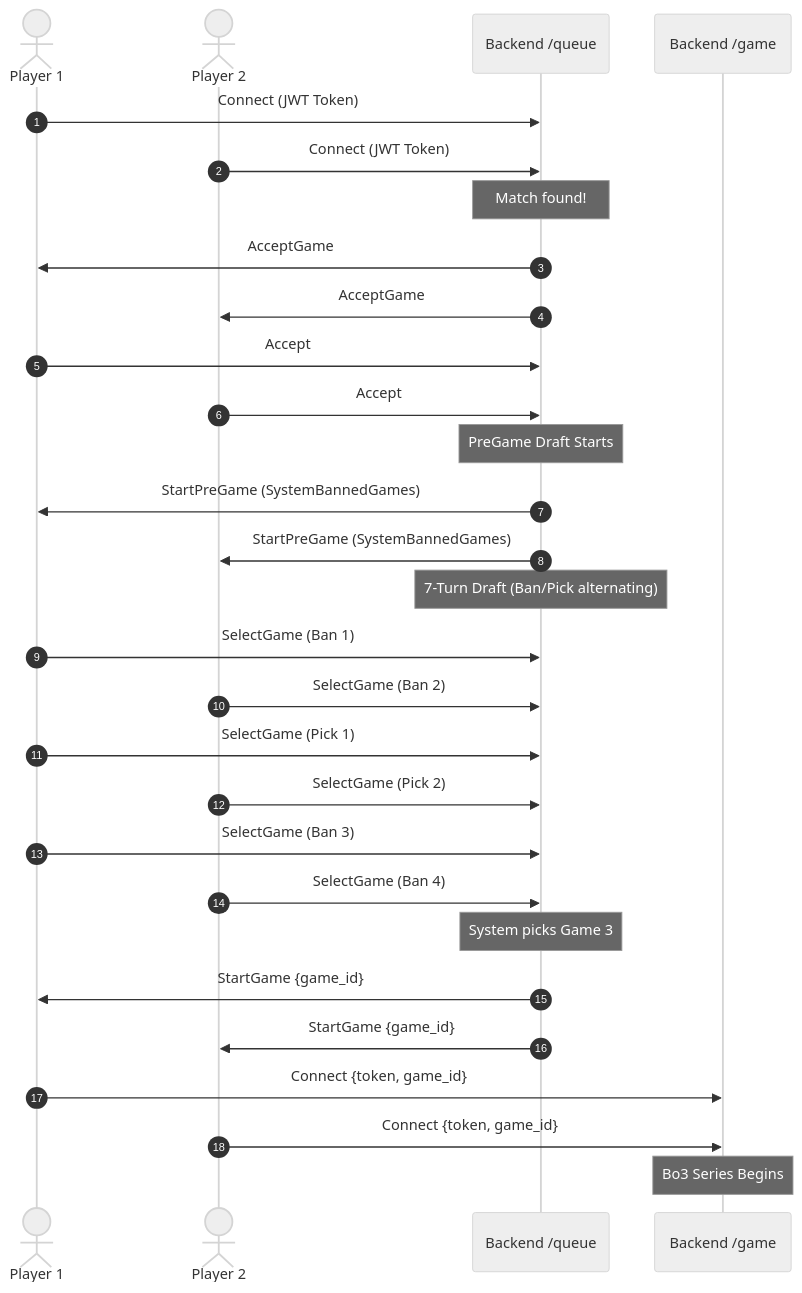
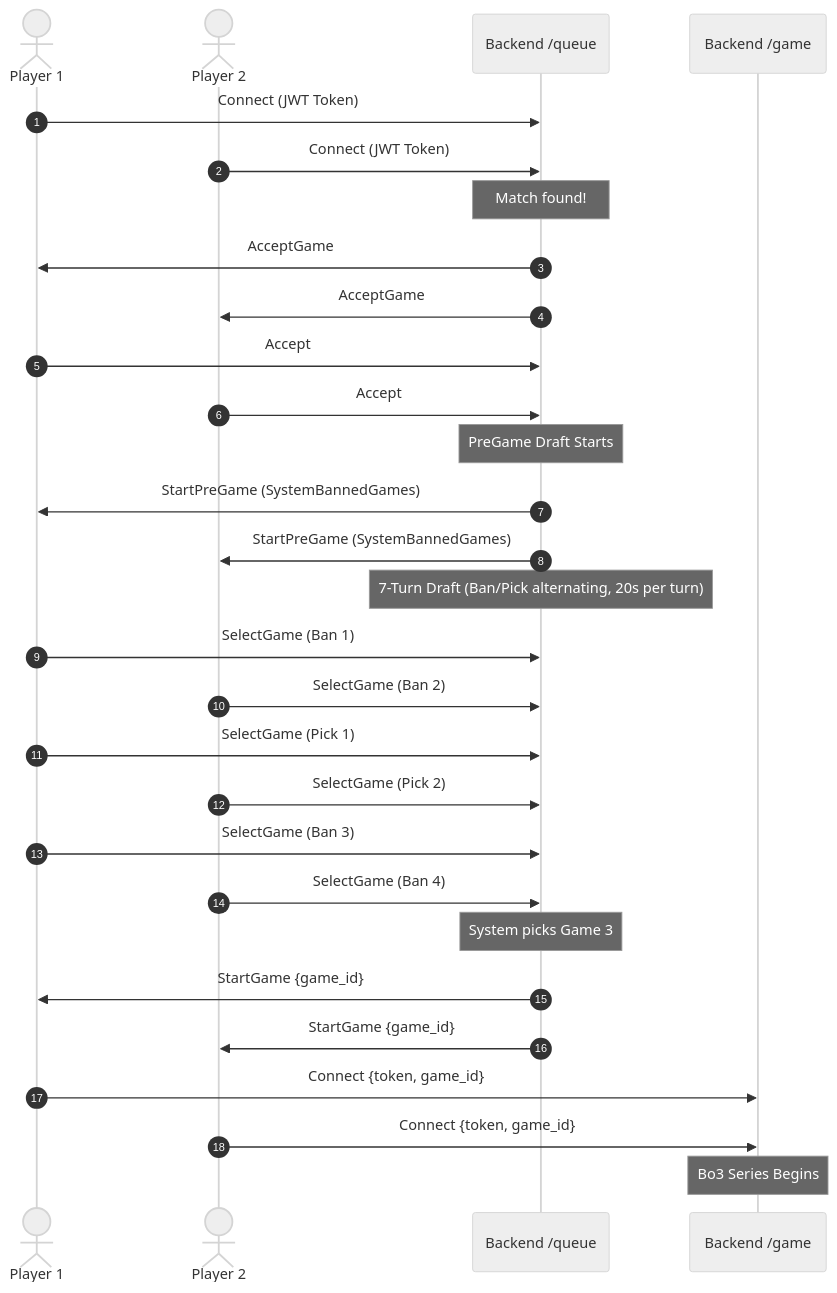
Before and after one commit to erfanh3h/kafehfekrbackend: the diagram in README.md, drawn with Mermaid (neutral theme). The commit also changed other lines of this file, not shown here.

````diff
--- a/README.md
+++ b/README.md
@@ -160,32 +199,32 @@
 ```mermaid
 sequenceDiagram
     autonumber
     actor P1 as Player 1
     actor P2 as Player 2
     participant Q as Backend /queue
     participant G as Backend /game
 
     P1->>Q: Connect (JWT Token)
     P2->>Q: Connect (JWT Token)
     Note over Q: Match found!
     Q->>P1: AcceptGame
     Q->>P2: AcceptGame
     P1->>Q: Accept
     P2->>Q: Accept
     Note over Q: PreGame Draft Starts
     Q->>P1: StartPreGame (SystemBannedGames)
     Q->>P2: StartPreGame (SystemBannedGames)
-    Note over Q: 7-Turn Draft (Ban/Pick alternating)
+    Note over Q: 7-Turn Draft (Ban/Pick alternating, 20s per turn)
     P1->>Q: SelectGame (Ban 1)
     P2->>Q: SelectGame (Ban 2)
     P1->>Q: SelectGame (Pick 1)
     P2->>Q: SelectGame (Pick 2)
     P1->>Q: SelectGame (Ban 3)
     P2->>Q: SelectGame (Ban 4)
     Note over Q: System picks Game 3
     Q->>P1: StartGame {game_id}
     Q->>P2: StartGame {game_id}
     P1->>G: Connect {token, game_id}
     P2->>G: Connect {token, game_id}
     Note over G: Bo3 Series Begins
 ```
````
